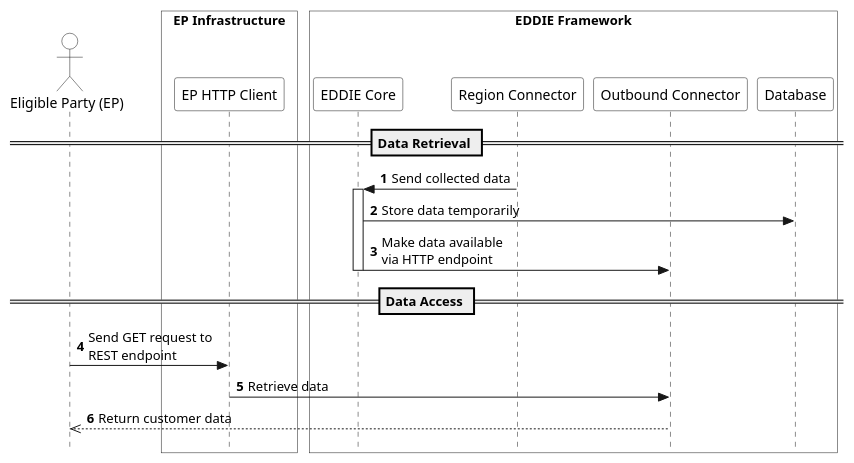
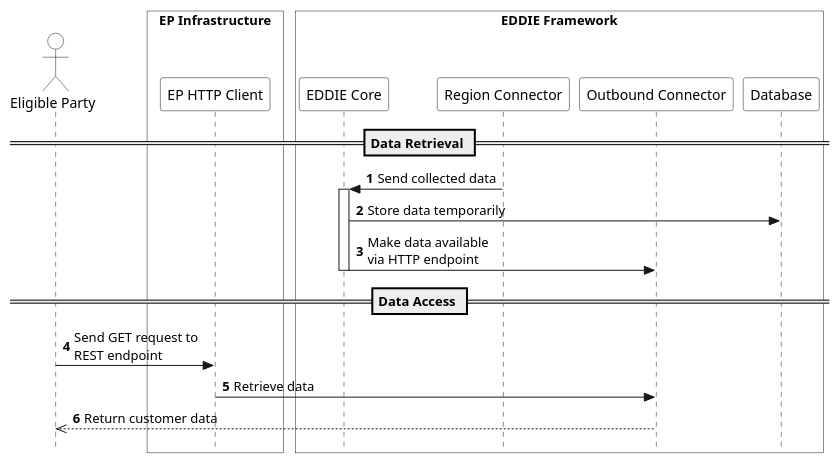
The diagram in arc42/eddie-framework/runtime-view/figures/eddie-framework-collect-data-http.puml (eddie-energy/architecture), drawn with PlantUML before and after one commit. The commit also changed 10 other files, not shown here.

```diff
--- a/arc42/eddie-framework/runtime-view/figures/eddie-framework-collect-data-http.puml
+++ b/arc42/eddie-framework/runtime-view/figures/eddie-framework-collect-data-http.puml
@@ -1,37 +1,37 @@
 @startuml eddie-framework-collect-data-http
 
 skinparam style strictuml
 skinparam sequence {
   ParticipantBackgroundColor transparent
   ActorBackgroundColor transparent
 }
 
 autonumber
 !pragma teoz true
 
-actor "Eligible Party (EP)" as ep
+actor "Eligible Party" as ep
 
 box "EP Infrastructure" #transparent
   participant "EP HTTP Client" as httpClient
 end box
 
 box "EDDIE Framework" #transparent
   participant "EDDIE Core" as eddie
   participant "Region Connector" as rc
   participant "Outbound Connector" as restOC
   participant "Database" as db
 end box
 
 == Data Retrieval ==
 rc -> eddie : Send collected data
 activate eddie
 eddie -> db : Store data temporarily
 eddie -> restOC : Make data available\nvia HTTP endpoint
 deactivate eddie
 
 == Data Access ==
 ep -> httpClient : Send GET request to\nREST endpoint
 httpClient -> restOC : Retrieve data
 restOC -->> ep : Return customer data
 
 @enduml
```
